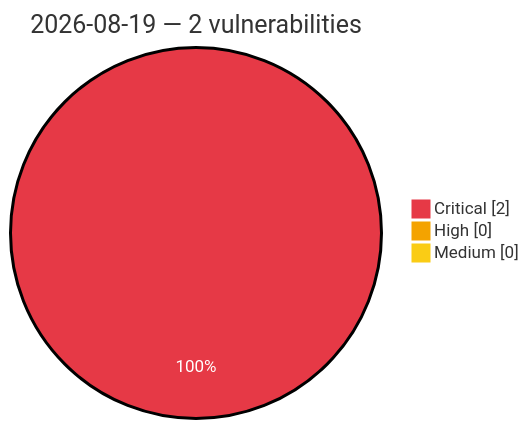
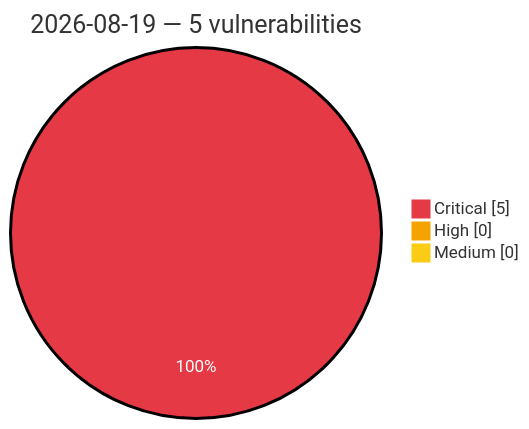
Before and after one commit to GhostX0X/vuln-tracker: the diagram in vulnerabilities/2026/August/2026-08-19.md, drawn with Mermaid. The commit also changed other lines of this file and 5 other files, not shown here.

````diff
--- a/vulnerabilities/2026/August/2026-08-19.md
+++ b/vulnerabilities/2026/August/2026-08-19.md
@@ -3,8 +3,8 @@
 ```mermaid
 %%{init: {'theme':'base', 'themeVariables': {'pie1':'#e63946', 'pie2':'#f4a300', 'pie3':'#facc15', 'pieOpacity':'1', 'pieOuterStrokeWidth':'2px', 'pieSectionTextColor':'#ffffff'}}}%%
 pie showData
-    title 2026-08-19 — 2 vulnerabilities
-    "Critical" : 2
+    title 2026-08-19 — 5 vulnerabilities
+    "Critical" : 5
     "High" : 0
     "Medium" : 0
 ```
````
